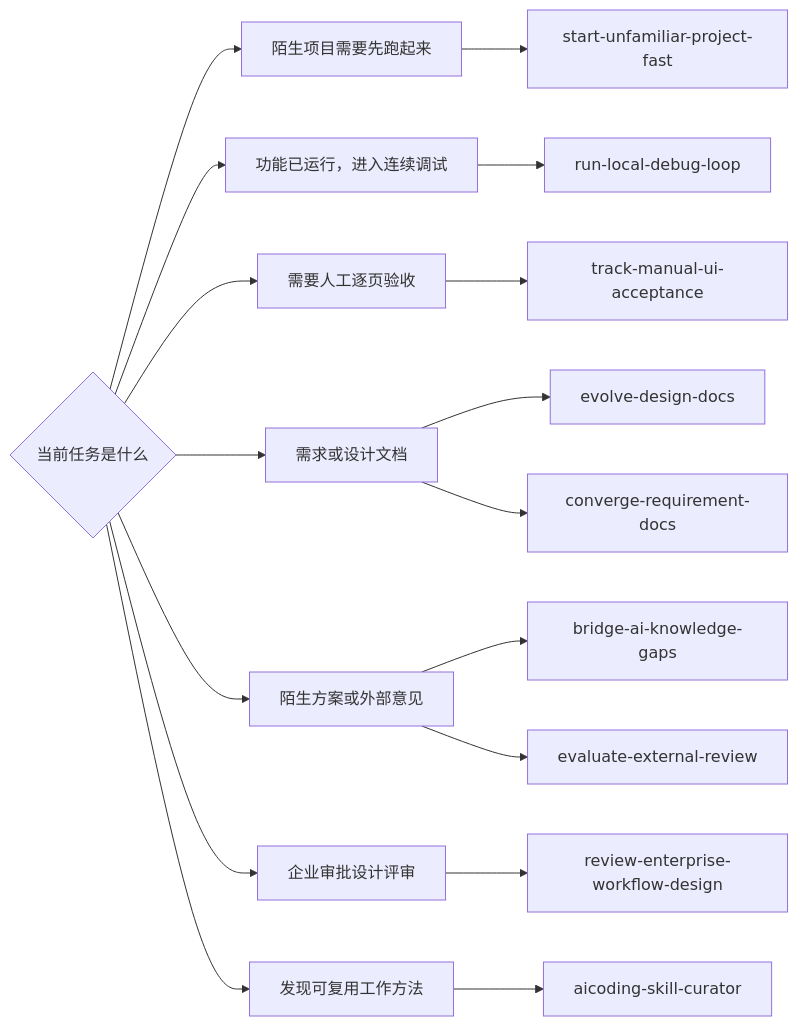
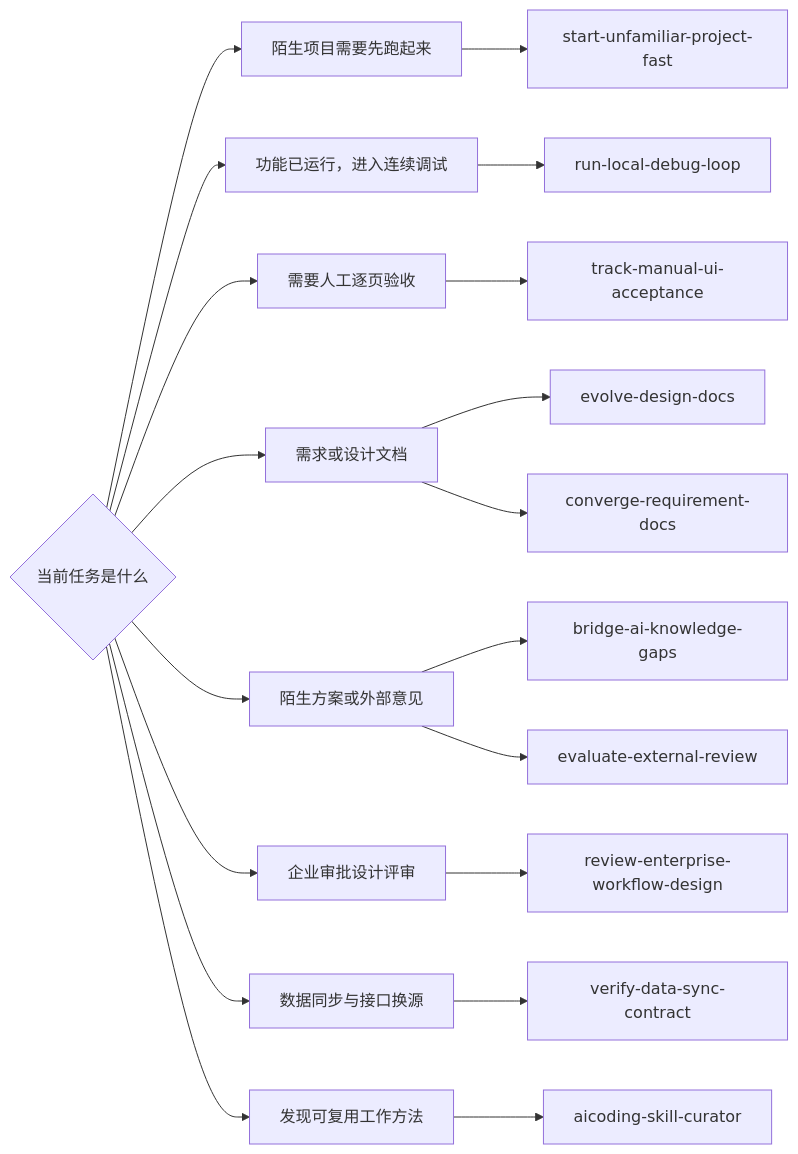
The diagram in README.md (KelvinFanXian/aicoding), drawn with Mermaid before and after one commit. The commit also changed other lines of this file and 8 other files, not shown here.

````diff
--- a/README.md
+++ b/README.md
@@ -34,20 +35,22 @@
 ```mermaid
 flowchart LR
     Q{当前任务是什么}
     Q --> A[陌生项目需要先跑起来]
     A --> A1[start-unfamiliar-project-fast]
     Q --> B[功能已运行，进入连续调试]
     B --> B1[run-local-debug-loop]
     Q --> C[需要人工逐页验收]
     C --> C1[track-manual-ui-acceptance]
     Q --> D[需求或设计文档]
     D --> D1[evolve-design-docs]
     D --> D2[converge-requirement-docs]
     Q --> E[陌生方案或外部意见]
     E --> E1[bridge-ai-knowledge-gaps]
     E --> E2[evaluate-external-review]
     Q --> F[企业审批设计评审]
     F --> F1[review-enterprise-workflow-design]
+    Q --> H[数据同步与接口换源]
+    H --> H1[verify-data-sync-contract]
     Q --> G[发现可复用工作方法]
     G --> G1[aicoding-skill-curator]
 ```
````
